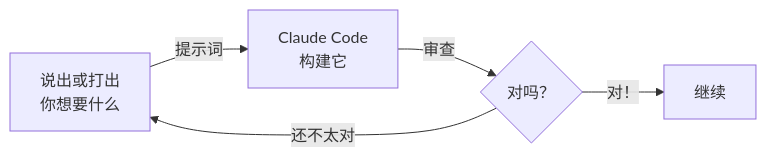
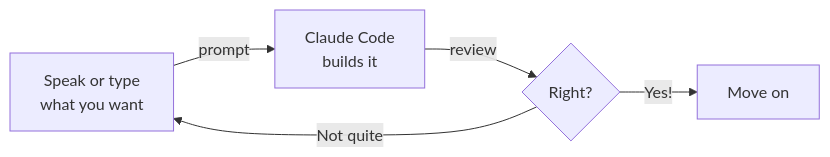
The first of 2 diagrams in versioned_docs/version-2026-her-waka/tutorial/vibe-coding/build-with-claude.mdx (ChanMeng666/ai-programming-teaching-project), drawn with Mermaid before and after one commit. The commit also changed other lines of this file and 472 other files, not shown here.

````diff
--- a/versioned_docs/version-2026-her-waka/tutorial/vibe-coding/build-with-claude.mdx
+++ b/versioned_docs/version-2026-her-waka/tutorial/vibe-coding/build-with-claude.mdx
@@ -25,7 +25,7 @@
 ```mermaid
 flowchart LR
-    A["说出或打出\n你想要什么"] -->|"提示词"| B["Claude Code\n构建它"]
-    B -->|"审查"| C{"对吗？"}
-    C -->|"还不太对"| A
-    C -->|"对！"| D["继续"]
+    A["Speak or type\nwhat you want"] -->|"prompt"| B["Claude Code\nbuilds it"]
+    B -->|"review"| C{"Right?"}
+    C -->|"Not quite"| A
+    C -->|"Yes!"| D["Move on"]
 ```
````
